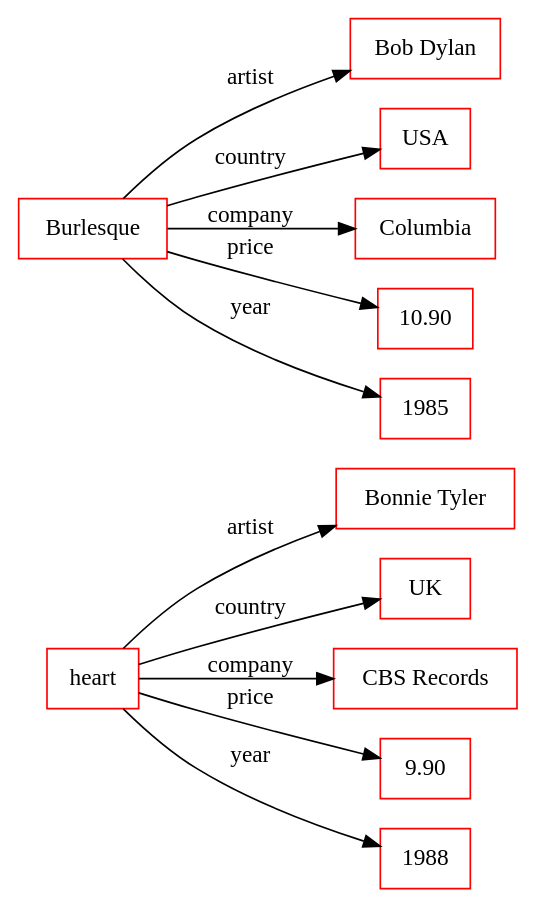
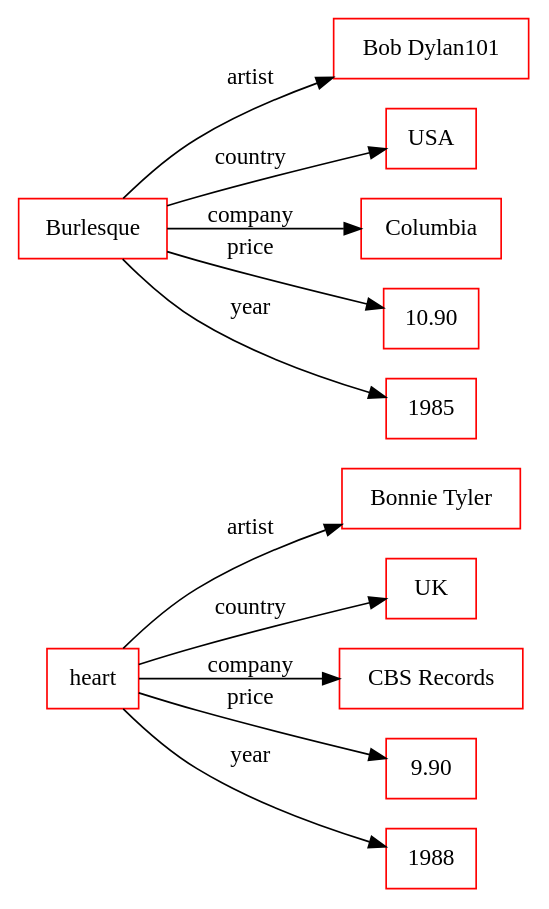
The diagram in drawings/ar2dtool-class.conf/org/sample.rdf.png.dot (ahmad88me/target), drawn with Graphviz before and after one commit. The commit also changed 2 other files, not shown here.

```diff
--- a/drawings/ar2dtool-class.conf/org/sample.rdf.png.dot
+++ b/drawings/ar2dtool-class.conf/org/sample.rdf.png.dot
@@ -1,16 +1,16 @@
 digraph ar2dtool_diagram { 
 rankdir=LR;
 size="1000"
-node [shape = rectangle, color="red"]; "Bonnie Tyler" "UK" "CBS Records" "9.90" "1988" "Bob Dylan" "USA" "Columbia" "10.90" "1985" ; /*literals style*/
+node [shape = rectangle, color="red"]; "Bonnie Tyler" "UK" "CBS Records" "9.90" "1988" "Bob Dylan101" "USA" "Columbia" "10.90" "1985" ; /*literals style*/
 	"heart" -> "Bonnie Tyler" [ label = "artist" ];
 	"heart" -> "UK" [ label = "country" ];
 	"heart" -> "CBS Records" [ label = "company" ];
 	"heart" -> "9.90" [ label = "price" ];
 	"heart" -> "1988" [ label = "year" ];
-	"Burlesque" -> "Bob Dylan" [ label = "artist" ];
+	"Burlesque" -> "Bob Dylan101" [ label = "artist" ];
 	"Burlesque" -> "USA" [ label = "country" ];
 	"Burlesque" -> "Columbia" [ label = "company" ];
 	"Burlesque" -> "10.90" [ label = "price" ];
 	"Burlesque" -> "1985" [ label = "year" ];
 
 }
```
